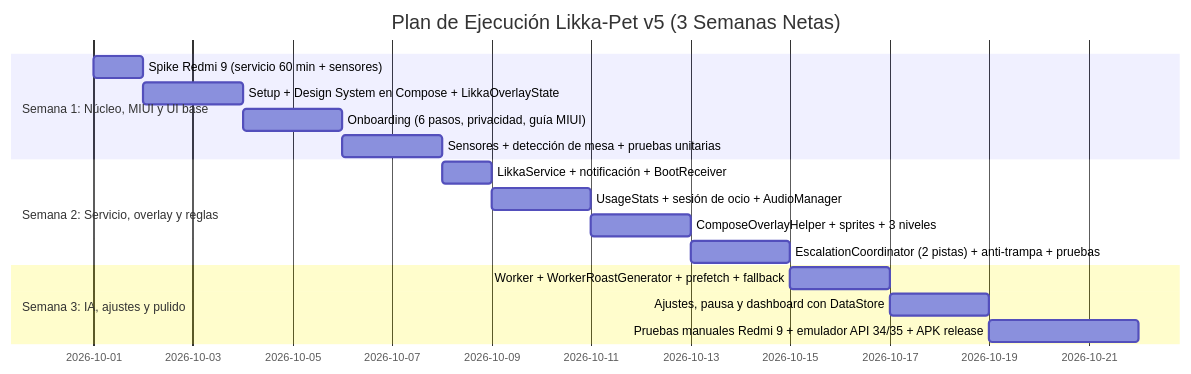
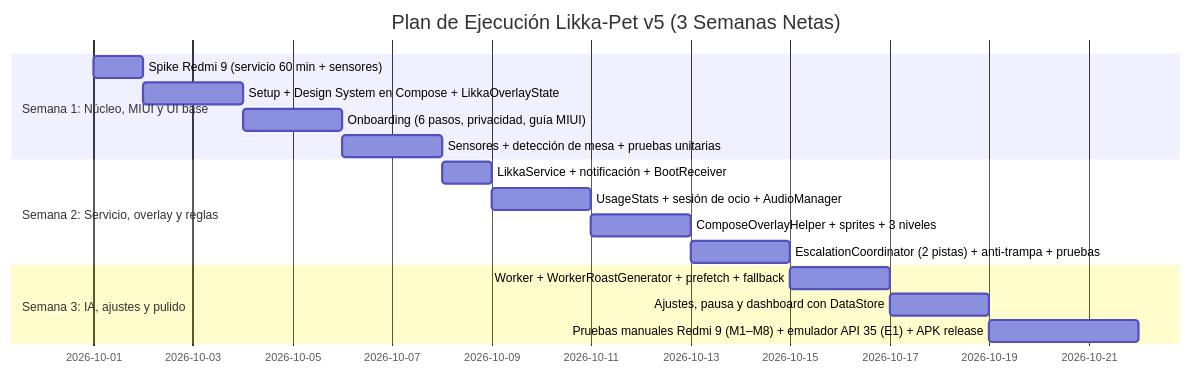
Before and after one commit to SoFzzz/Likka-Pet: the fourth of 4 diagrams in likkapet_documentacion.md, drawn with Mermaid. The commit also changed other lines of this file and 1 other file, not shown here.

````diff
--- a/likkapet_documentacion.md
+++ b/likkapet_documentacion.md
@@ -1247,19 +1244,19 @@
 ```mermaid
 gantt
     title Plan de Ejecución Likka-Pet v5 (3 Semanas Netas)
     dateFormat  YYYY-MM-DD
     section Semana 1: Núcleo, MIUI y UI base
     Spike Redmi 9 (servicio 60 min + sensores)         :w1_0, 2026-10-01, 1d
     Setup + Design System en Compose + LikkaOverlayState     :w1_1, after w1_0, 2d
     Onboarding (6 pasos, privacidad, guía MIUI)         :w1_2, after w1_1, 2d
     Sensores + detección de mesa + pruebas unitarias    :w1_3, after w1_2, 2d
     section Semana 2: Servicio, overlay y reglas
     LikkaService + notificación + BootReceiver          :w2_1, after w1_3, 1d
     UsageStats + sesión de ocio + AudioManager          :w2_2, after w2_1, 2d
     ComposeOverlayHelper + sprites + 3 niveles          :w2_3, after w2_2, 2d
     EscalationCoordinator (2 pistas) + anti-trampa + pruebas :w2_4, after w2_3, 2d
     section Semana 3: IA, ajustes y pulido
     Worker + WorkerRoastGenerator + prefetch + fallback      :w3_1, after w2_4, 2d
     Ajustes, pausa y dashboard con DataStore            :w3_2, after w3_1, 2d
-    Pruebas manuales Redmi 9 + emulador API 34/35 + APK release :w3_3, after w3_2, 3d
+    Pruebas manuales Redmi 9 (M1–M8) + emulador API 35 (E1) + APK release :w3_3, after w3_2, 3d
 ```
````
